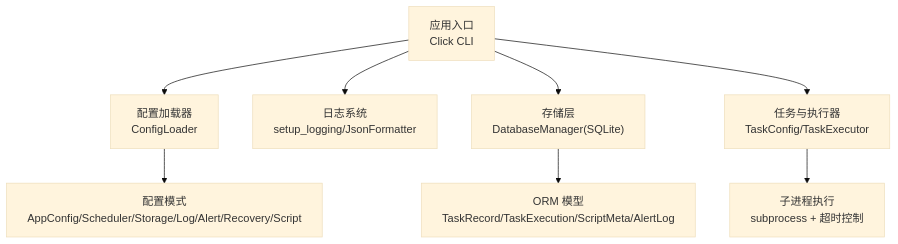
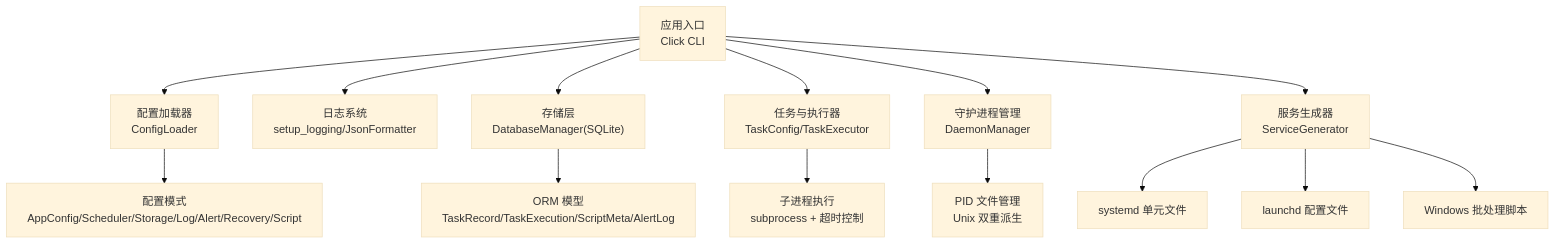
Before and after one commit to eden2f/cron-copilot: the first of 9 diagrams in .qoder/repowiki/zh/content/部署指南.md, drawn with Mermaid (base theme). The commit also changed other lines of this file and 21 other files, not shown here.

````diff
--- a/.qoder/repowiki/zh/content/部署指南.md
+++ b/.qoder/repowiki/zh/content/部署指南.md
@@ -36,10 +41,16 @@
 ```mermaid
 graph TB
 A["应用入口<br/>Click CLI"] --> B["配置加载器<br/>ConfigLoader"]
 B --> C["配置模式<br/>AppConfig/Scheduler/Storage/Log/Alert/Recovery/Script"]
 A --> D["日志系统<br/>setup_logging/JsonFormatter"]
 A --> E["存储层<br/>DatabaseManager(SQLite)"]
 E --> F["ORM 模型<br/>TaskRecord/TaskExecution/ScriptMeta/AlertLog"]
 A --> G["任务与执行器<br/>TaskConfig/TaskExecutor"]
 G --> H["子进程执行<br/>subprocess + 超时控制"]
+A --> I["守护进程管理<br/>DaemonManager"]
+A --> J["服务生成器<br/>ServiceGenerator"]
+I --> K["PID 文件管理<br/>Unix 双重派生"]
+J --> L["systemd 单元文件"]
+J --> M["launchd 配置文件"]
+J --> N["Windows 批处理脚本"]
 ```
````
